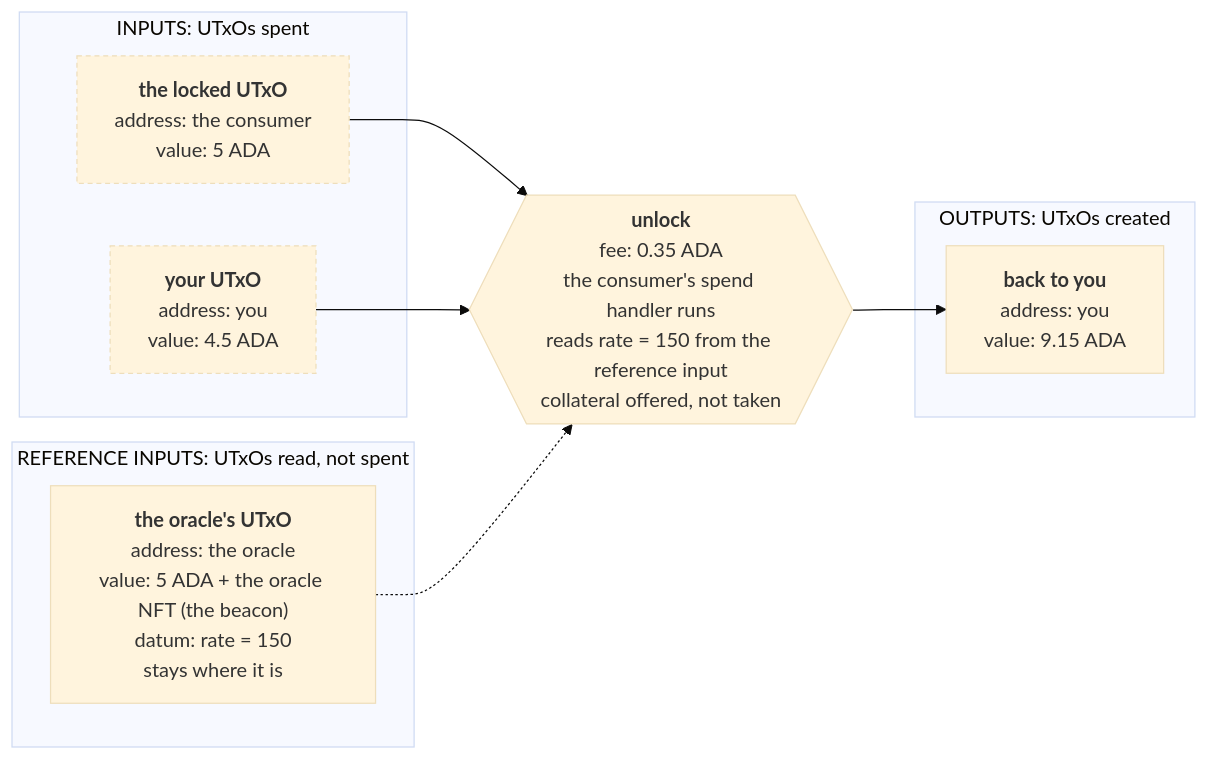
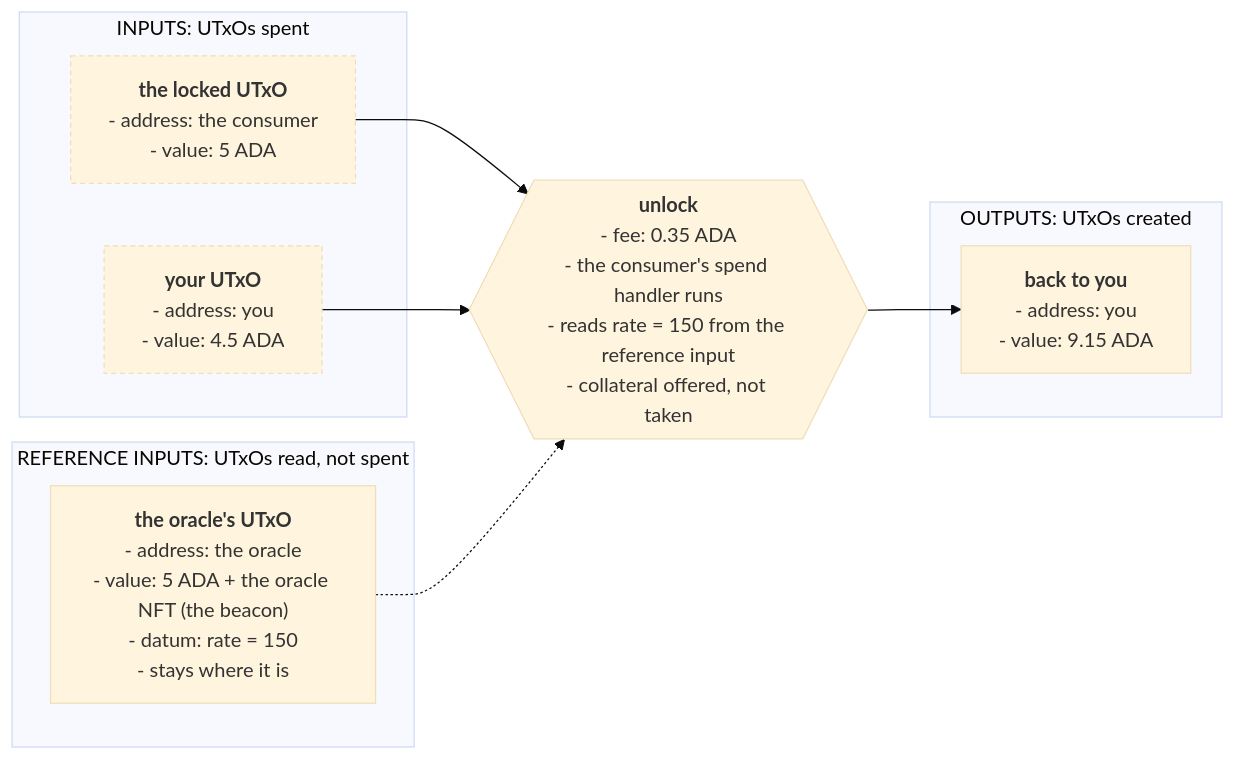
One commit to cardano-foundation/developer-portal changed the third of 3 diagrams in docs/developers/onboarding/lectures/intermediate/13-reference-inputs-and-scripts.md. Above: the diagram before and after it, drawn with Mermaid (base theme). The commit also changed other lines of this file and 8 other files, not shown here.

````diff
--- a/docs/developers/onboarding/lectures/intermediate/13-reference-inputs-and-scripts.md
+++ b/docs/developers/onboarding/lectures/intermediate/13-reference-inputs-and-scripts.md
@@ -125,38 +125,38 @@
 ```mermaid
 flowchart LR
     subgraph IN["INPUTS: UTxOs spent"]
         I1["`**the locked UTxO**
-        address: the consumer
-        value: 5 ADA`"]
+        - address: the consumer
+        - value: 5 ADA`"]
         I2["`**your UTxO**
-        address: you
-        value: 4.5 ADA`"]
+        - address: you
+        - value: 4.5 ADA`"]
     end
 
     subgraph REF["REFERENCE INPUTS: UTxOs read, not spent"]
         R["`**the oracle's UTxO**
-        address: the oracle
-        value: 5 ADA + the oracle NFT (the beacon)
-        datum: rate = 150
-        stays where it is`"]
+        - address: the oracle
+        - value: 5 ADA + the oracle NFT (the beacon)
+        - datum: rate = 150
+        - stays where it is`"]
     end
 
     TX{{"`**unlock**
-    fee: 0.35 ADA
-    the consumer's spend handler runs
-    reads rate = 150 from the reference input
-    collateral offered, not taken`"}}
+    - fee: 0.35 ADA
+    - the consumer's spend handler runs
+    - reads rate = 150 from the reference input
+    - collateral offered, not taken`"}}
 
     subgraph OUT["OUTPUTS: UTxOs created"]
         O["`**back to you**
-        address: you
-        value: 9.15 ADA`"]
+        - address: you
+        - value: 9.15 ADA`"]
     end
 
     I1 --> TX --> O
     I2 --> TX
     R -.-> TX
 
     style I1 stroke-dasharray:4 3
     style I2 stroke-dasharray:4 3
 ```
````
